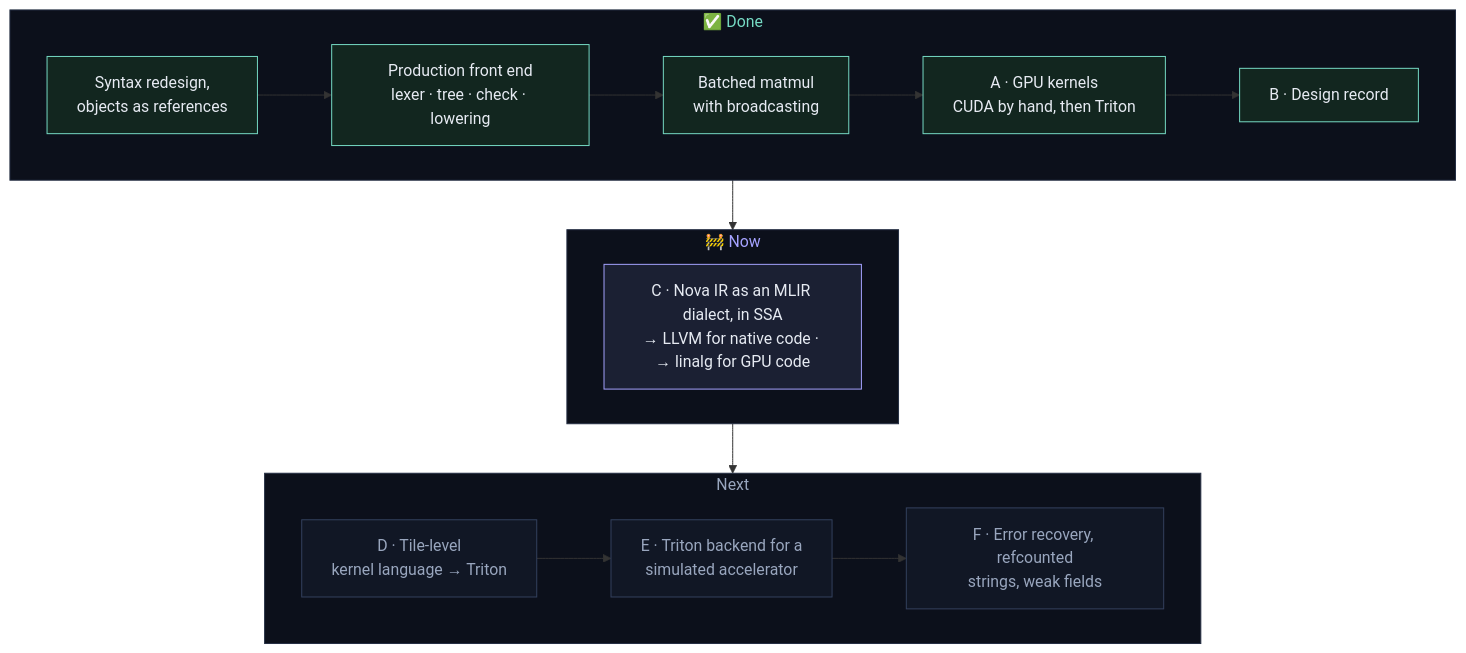
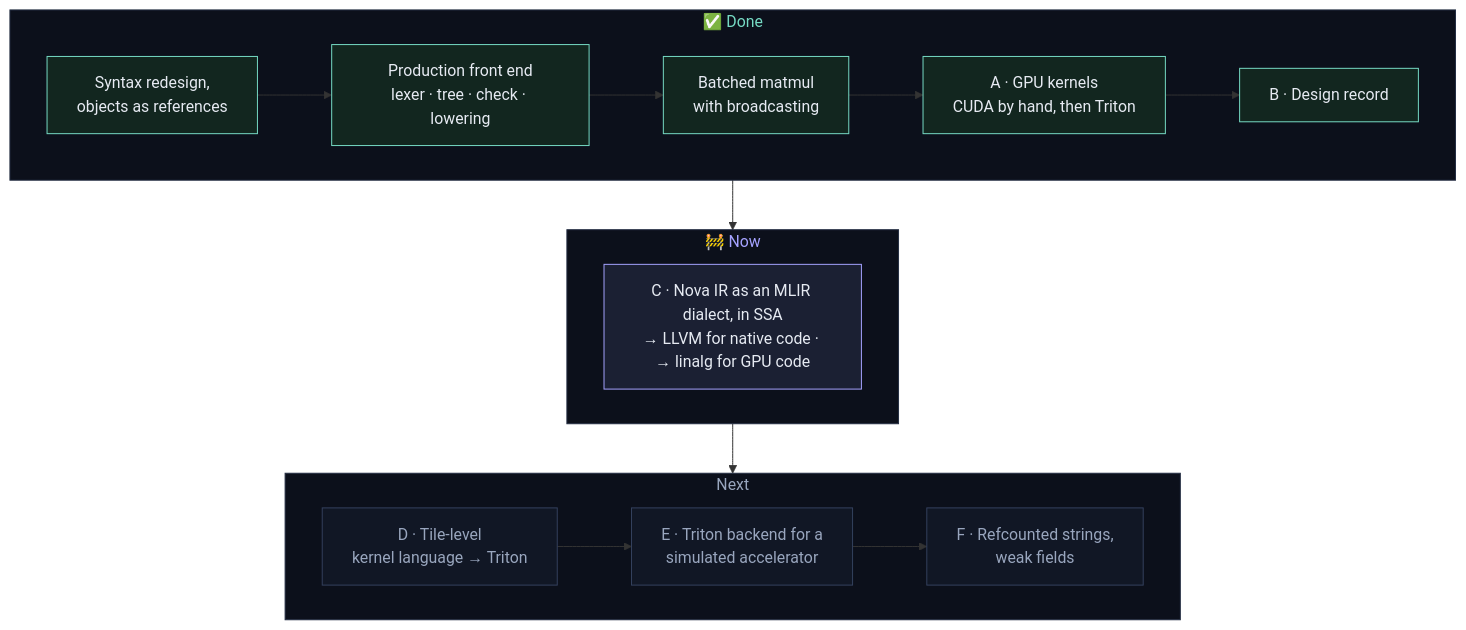
Before and after one commit to parhitmtech/Nova: the fourth of 4 diagrams in README.md, drawn with Mermaid. The commit also changed other lines of this file and 174 other files, not shown here.

````diff
--- a/README.md
+++ b/README.md
@@ -293,26 +297,26 @@
 ```mermaid
 flowchart TB
     subgraph done["✅ Done"]
         direction LR
         d1["Syntax redesign,<br/>objects as references"] --> d2["Production front end<br/>lexer · tree · check · lowering"] --> d3["Batched matmul<br/>with broadcasting"] --> A["A · GPU kernels<br/>CUDA by hand, then Triton"] --> B["B · Design record"]
     end
     subgraph now["🚧 Now"]
         direction LR
         C["C · Nova IR as an MLIR dialect, in SSA<br/>→ LLVM for native code · → linalg for GPU code"]
     end
     subgraph next["Next"]
         direction LR
-        D["D · Tile-level<br/>kernel language → Triton"] --> E["E · Triton backend for a<br/>simulated accelerator"] --> F["F · Error recovery, refcounted<br/>strings, weak fields"]
+        D["D · Tile-level<br/>kernel language → Triton"] --> E["E · Triton backend for a<br/>simulated accelerator"] --> F["F · Refcounted strings,<br/>weak fields"]
     end
     done --> now --> next
 
     classDef done fill:#12261f,stroke:#76dac4,color:#e6eaf2
     classDef now fill:#1b2033,stroke:#a5a2ff,color:#e6eaf2
     classDef next fill:#111725,stroke:#34415e,color:#99a6be
     class d1,d2,d3,A,B done
     class C now
     class D,E,F next
     style done fill:#0c101b,stroke:#242e43,color:#76dac4
     style now fill:#0c101b,stroke:#242e43,color:#a5a2ff
     style next fill:#0c101b,stroke:#242e43,color:#99a6be
 ```
````
